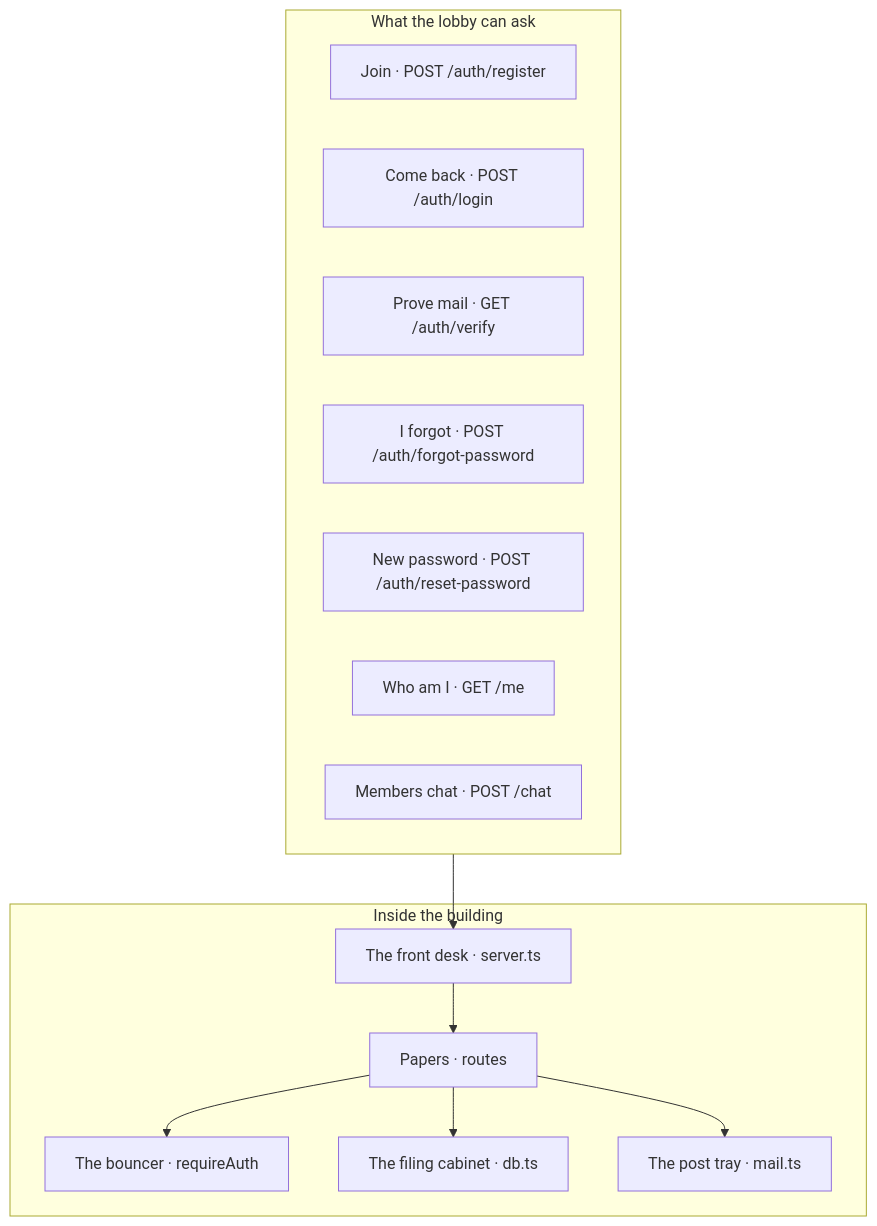
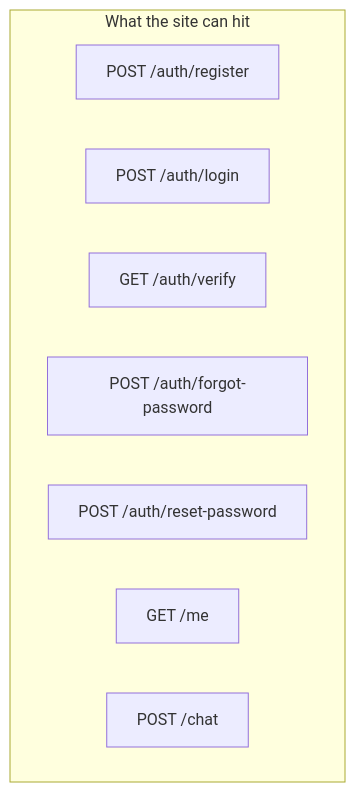
Before and after one commit to sreecharan-desu/hackx-slides: the diagram in content/tracks/backend-from-zero/lessons/03-our-architecture.md, drawn with Mermaid. The commit also changed other lines of this file and 35 other files, not shown here.

````diff
--- a/content/tracks/backend-from-zero/lessons/03-our-architecture.md
+++ b/content/tracks/backend-from-zero/lessons/03-our-architecture.md
@@ -10,26 +10,12 @@
 ```mermaid
 flowchart TB
-  subgraph routes [What the lobby can ask]
-    R1[Join · POST /auth/register]
-    R2[Come back · POST /auth/login]
-    R3[Prove mail · GET /auth/verify]
-    R4[I forgot · POST /auth/forgot-password]
-    R5[New password · POST /auth/reset-password]
-    R6[Who am I · GET /me]
-    R7[Members chat · POST /chat]
+  subgraph routes [What the site can hit]
+    R1[POST /auth/register]
+    R2[POST /auth/login]
+    R3[GET /auth/verify]
+    R4[POST /auth/forgot-password]
+    R5[POST /auth/reset-password]
+    R6[GET /me]
+    R7[POST /chat]
   end
-
-  subgraph src [Inside the building]
-    S[The front desk · server.ts]
-    RA[Papers · routes]
-    A[The bouncer · requireAuth]
-    DB[The filing cabinet · db.ts]
-    M[The post tray · mail.ts]
-  end
-
-  routes --> S
-  S --> RA
-  RA --> A
-  RA --> DB
-  RA --> M
 ```
````
